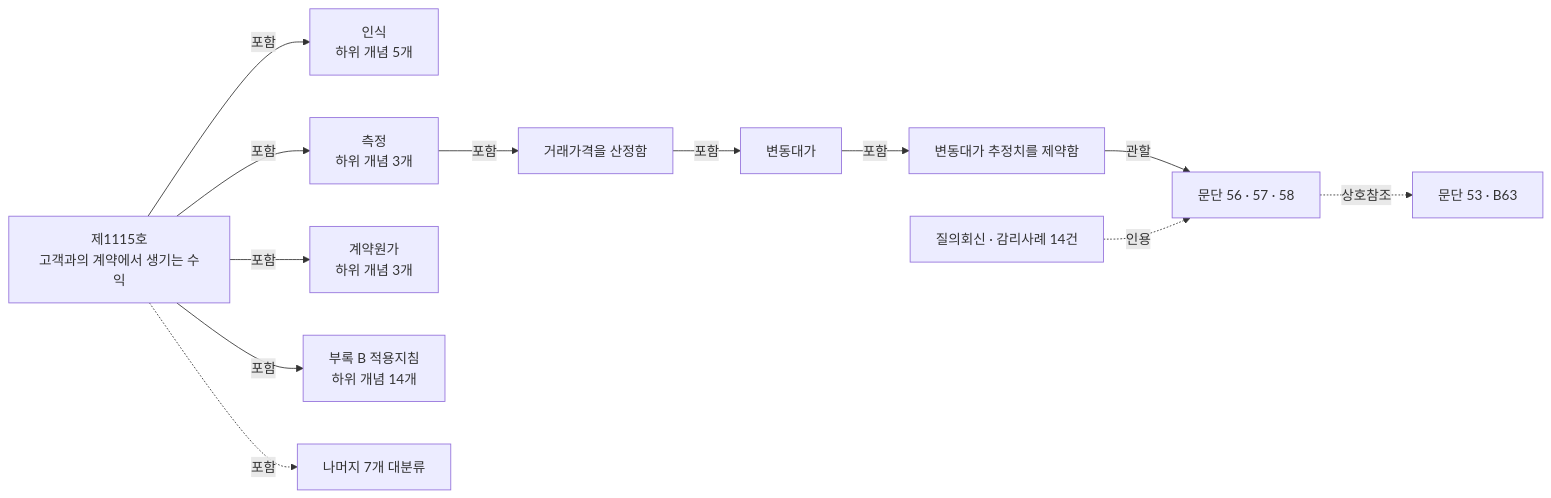
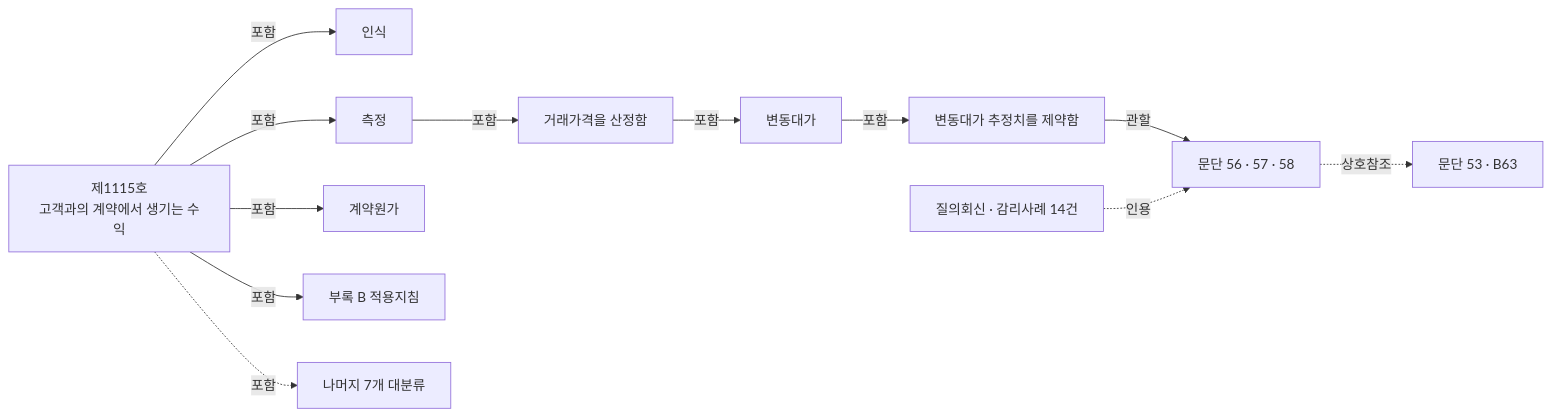
The diagram in README.md (ghdtjrgns321-creator/k-ifrs-1115), drawn with Mermaid before and after one commit.

Commit message:
docs(readme): 도식 노드에서 하위 개념 수 표기 제거

````diff
--- a/README.md
+++ b/README.md
@@ -13,16 +13,16 @@
 ```mermaid
 graph LR
     R["제1115호<br/>고객과의 계약에서 생기는 수익"]
-    R -->|포함| T3["인식<br/>하위 개념 5개"]
-    R -->|포함| T4["측정<br/>하위 개념 3개"]
-    R -->|포함| T5["계약원가<br/>하위 개념 3개"]
-    R -->|포함| T8["부록 B 적용지침<br/>하위 개념 14개"]
+    R -->|포함| T3["인식"]
+    R -->|포함| T4["측정"]
+    R -->|포함| T5["계약원가"]
+    R -->|포함| T8["부록 B 적용지침"]
     R -.->|포함| ETC["나머지 7개 대분류"]
 
     T4 -->|포함| M1["거래가격을 산정함"]
     M1 -->|포함| M2["변동대가"]
     M2 -->|포함| M3["변동대가 추정치를 제약함"]
     M3 -->|관할| P["문단 56 · 57 · 58"]
     P -.->|상호참조| P2["문단 53 · B63"]
     S["질의회신 · 감리사례 14건"] -.->|인용| P
 ```
````
